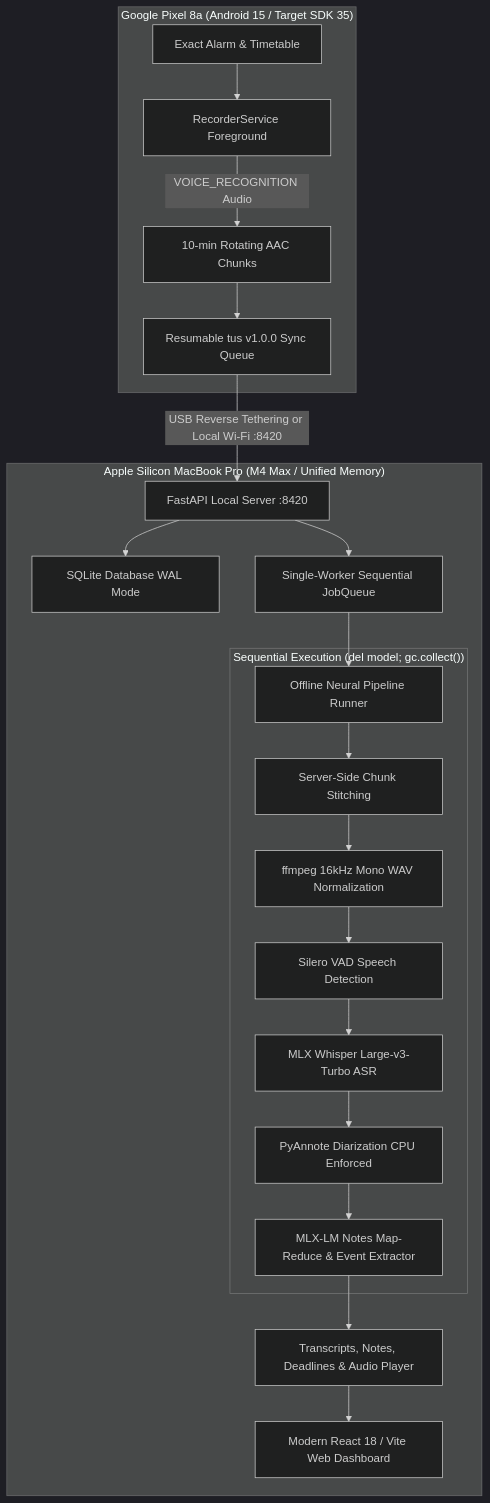
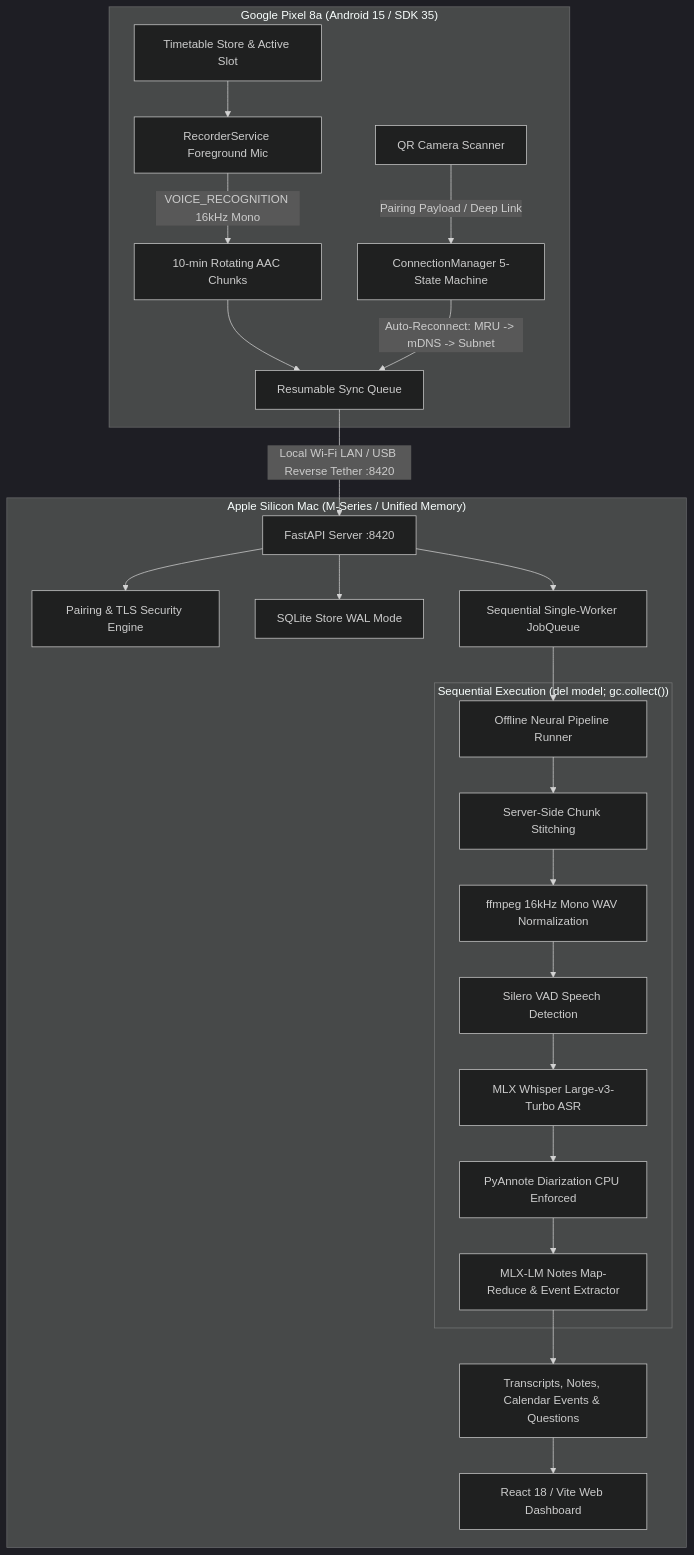
Before and after one commit to Naavalanarul/Lecture_Whisper: the diagram in README.md, drawn with Mermaid (dark theme). The commit also changed other lines of this file and 3 other files, not shown here.

````diff
--- a/README.md
+++ b/README.md
@@ -118,28 +176,31 @@
 ```mermaid
 flowchart TD
-    subgraph Mobile ["Google Pixel 8a (Android 15 / Target SDK 35)"]
-        A[Exact Alarm &amp; Timetable] --> B[RecorderService Foreground]
-        B -->|VOICE_RECOGNITION Audio| C[10-min Rotating AAC Chunks]
-        C --> D[Resumable tus v1.0.0 Sync Queue]
+    subgraph Mobile ["Google Pixel 8a (Android 15 / SDK 35)"]
+        M1[Timetable Store & Active Slot] --> M2[RecorderService Foreground Mic]
+        M2 -->|VOICE_RECOGNITION 16kHz Mono| M3[10-min Rotating AAC Chunks]
+        M3 --> M4[Resumable Sync Queue]
+        M5[QR Camera Scanner] -->|Pairing Payload / Deep Link| M6[ConnectionManager 5-State Machine]
+        M6 -->|Auto-Reconnect: MRU -> mDNS -> Subnet| M4
     end
 
-    D -->|USB Reverse Tethering or Local Wi-Fi :8420| E[FastAPI Local Server :8420]
+    M4 -->|Local Wi-Fi LAN / USB Reverse Tether :8420| S1[FastAPI Server :8420]
 
-    subgraph Host ["Apple Silicon MacBook Pro (M4 Max / Unified Memory)"]
-        E --> F[SQLite Database WAL Mode]
-        E --> G[Single-Worker Sequential JobQueue]
-        G --> H[Offline Neural Pipeline Runner]
+    subgraph Host ["Apple Silicon Mac (M-Series / Unified Memory)"]
+        S1 --> S2[Pairing & TLS Security Engine]
+        S1 --> S3[SQLite Store WAL Mode]
+        S1 --> S4[Sequential Single-Worker JobQueue]
+        S4 --> S5[Offline Neural Pipeline Runner]
 
         subgraph Pipeline ["Sequential Execution (del model; gc.collect())"]
-            H --> P0[Server-Side Chunk Stitching]
+            S5 --> P0[Server-Side Chunk Stitching]
             P0 --> P1[ffmpeg 16kHz Mono WAV Normalization]
             P1 --> P2[Silero VAD Speech Detection]
             P2 --> P3[MLX Whisper Large-v3-Turbo ASR]
             P3 --> P4[PyAnnote Diarization CPU Enforced]
-            P4 --> P5[MLX-LM Notes Map-Reduce &amp; Event Extractor]
+            P4 --> P5[MLX-LM Notes Map-Reduce & Event Extractor]
         end
 
-        P5 --> I[Transcripts, Notes, Deadlines &amp; Audio Player]
-        I --> J[Modern React 18 / Vite Web Dashboard]
+        P5 --> S6[Transcripts, Notes, Calendar Events & Questions]
+        S6 --> W1[React 18 / Vite Web Dashboard]
     end
 ```
````
